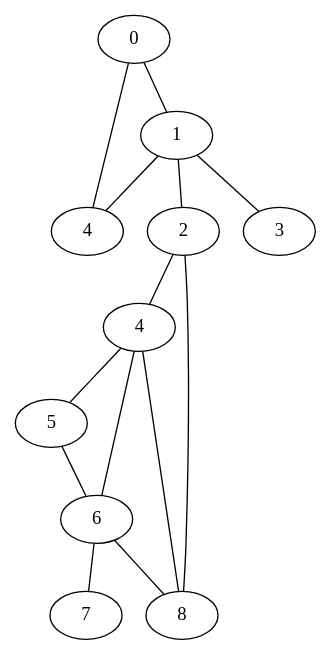
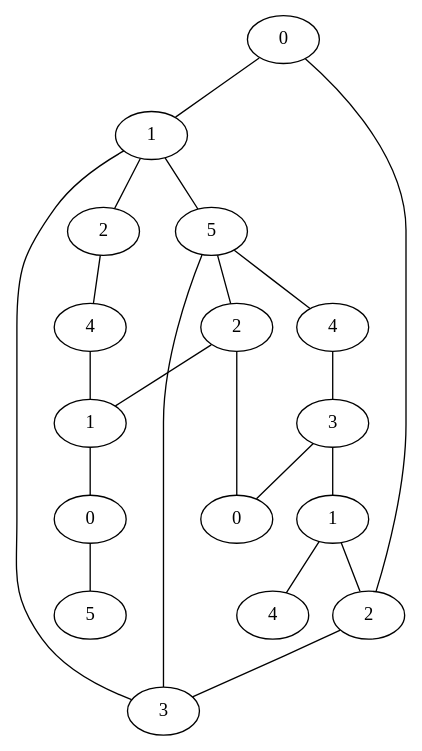
Before and after one commit to NickIT87/IAMM_proceedings: the diagram in Linguistic_representation_of_deterministic_graphs/outputData/simple.dot, drawn with Graphviz. The commit also changed 4 other files, not shown here.

```diff
--- a/Linguistic_representation_of_deterministic_graphs/outputData/simple.dot
+++ b/Linguistic_representation_of_deterministic_graphs/outputData/simple.dot
@@ -1,25 +1,38 @@
-strict graph  {
+strict graph {
 0 [label=0];
 1 [label=1];
-2 [label=4];
-4 [label=2];
-5 [label=4];
-6 [label=5];
-7 [label=6];
-8 [label=8];
-34 [label=3];
-39 [label=7];
+2 [label=2];
+6 [label=4];
+9 [label=5];
+10 [label=4];
+11 [label=3];
+12 [label=1];
+13 [label=2];
+14 [label=3];
+19 [label=2];
+25 [label=0];
+27 [label=1];
+51 [label=4];
+87 [label=0];
+105 [label=5];
 0 -- 1;
-0 -- 2;
+0 -- 13;
 1 -- 2;
-1 -- 4;
-1 -- 34;
-4 -- 5;
-4 -- 8;
-5 -- 6;
-5 -- 7;
-5 -- 8;
-6 -- 7;
-7 -- 8;
-7 -- 39;
+1 -- 14;
+1 -- 9;
+2 -- 6;
+6 -- 27;
+9 -- 10;
+9 -- 19;
+9 -- 14;
+10 -- 11;
+11 -- 12;
+11 -- 25;
+12 -- 13;
+12 -- 51;
+13 -- 14;
+19 -- 25;
+19 -- 27;
+27 -- 87;
+87 -- 105;
 }
```
